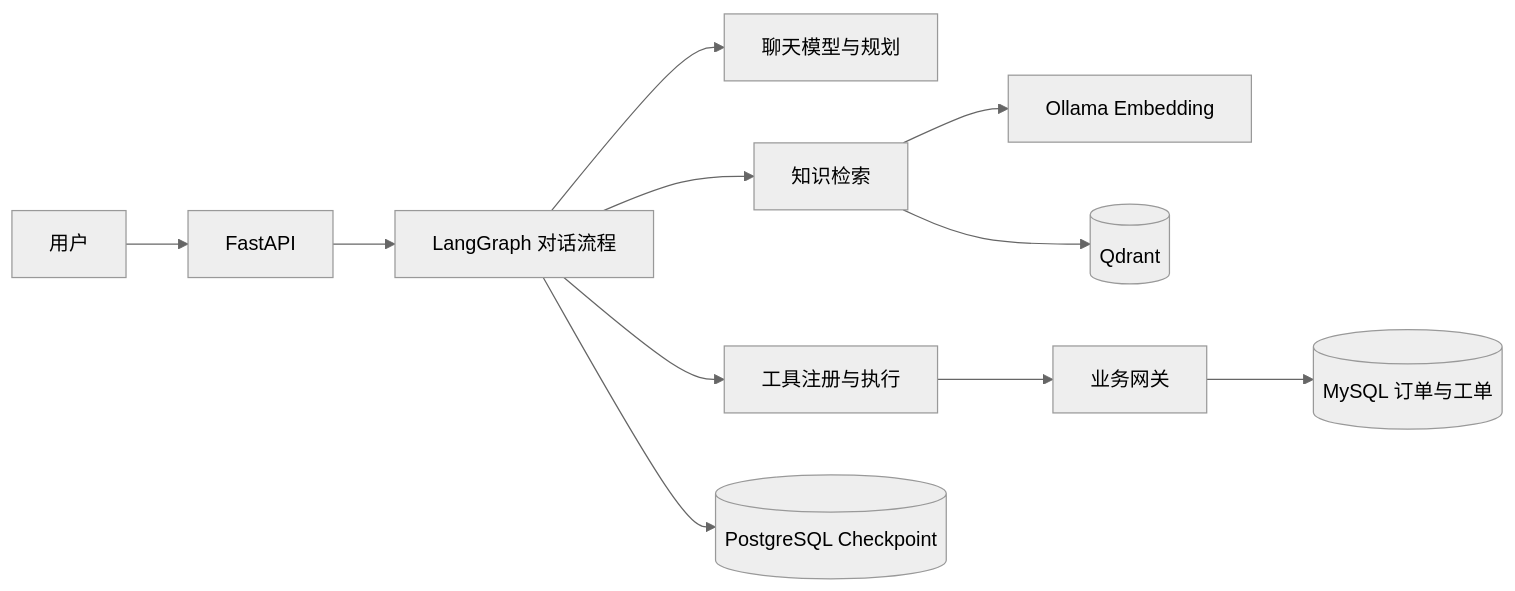
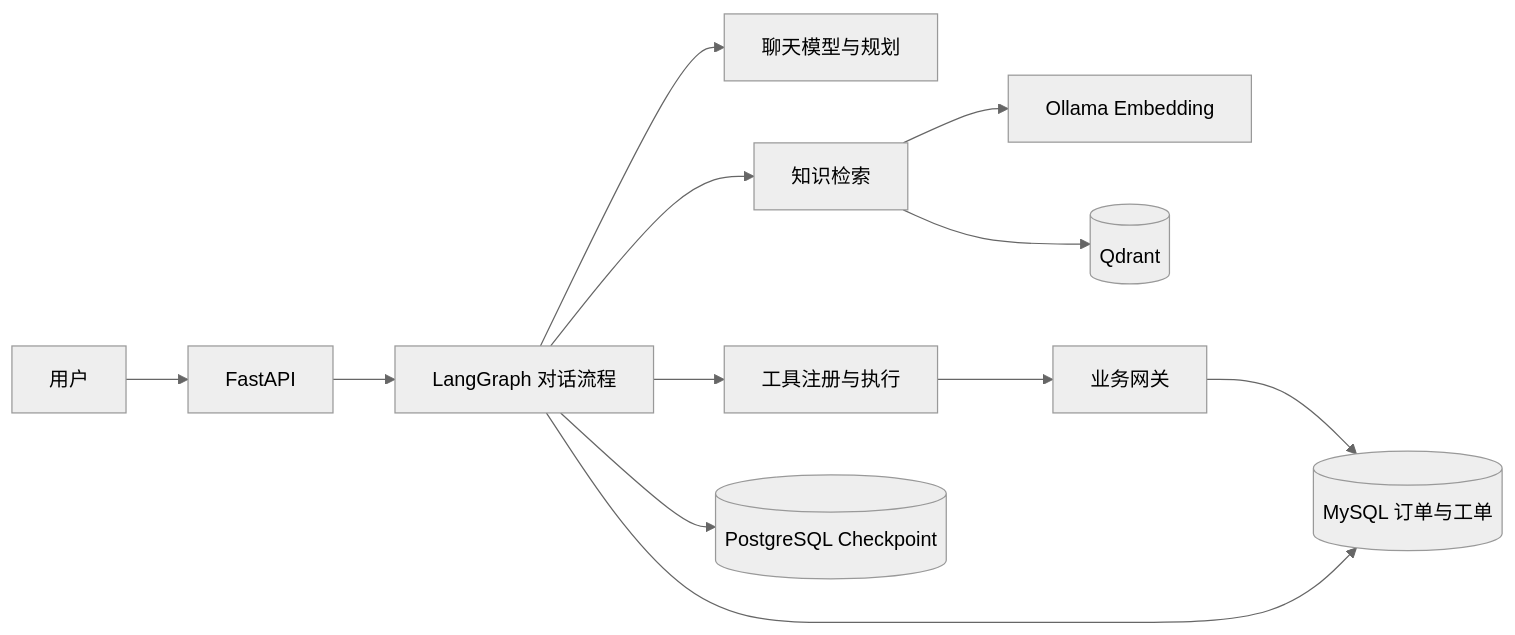
The diagram in README.md (1Patrick2/after-sales-agent), drawn with Mermaid (neutral theme) before and after one commit. The commit also changed other lines of this file, not shown here.

````diff
--- a/README.md
+++ b/README.md
@@ -14,13 +15,14 @@
 ```mermaid
 flowchart LR
     U[用户] --> API[FastAPI]
     API --> G[LangGraph 对话流程]
     G --> LLM[聊天模型与规划]
     G --> RAG[知识检索]
     RAG --> O[Ollama Embedding]
     RAG --> Q[(Qdrant)]
     G --> T[工具注册与执行]
     T --> B[业务网关]
     B --> M[(MySQL 订单与工单)]
+    G --> M
     G --> P[(PostgreSQL Checkpoint)]
 ```
````
